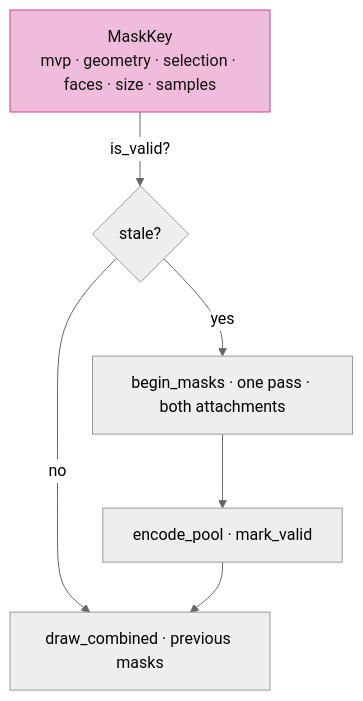
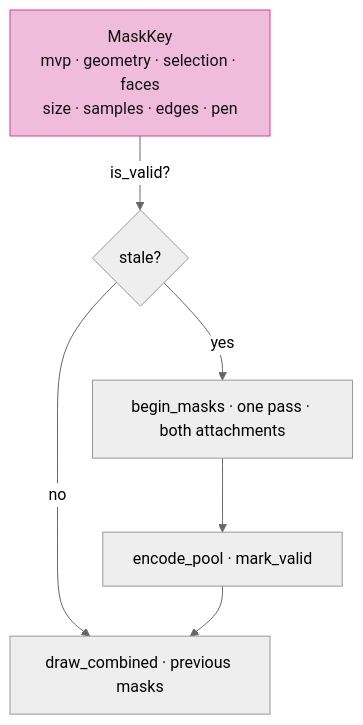
Diagram 14 of 14 in session_viewer/docs/18-finite-visibility.md (petrasvestartas/session), drawn with Mermaid (neutral theme) before and after one commit. The commit also changed other lines of this file and 47 other files, not shown here.

````diff
--- a/session_viewer/docs/18-finite-visibility.md
+++ b/session_viewer/docs/18-finite-visibility.md
@@ -322,9 +326,9 @@
 ```mermaid
 flowchart TB
-    K["MaskKey<br/>mvp · geometry · selection · faces · size · samples"] -- "is_valid?" --> S{"stale?"}
+    K["MaskKey<br/>mvp · geometry · selection · faces<br/>size · samples · edges · pen"] -- "is_valid?" --> S{"stale?"}
     S -- no --> R["draw_combined · previous masks"]
     S -- yes --> P["begin_masks · one pass · both attachments"]
     P --> Q["encode_pool · mark_valid"]
     Q --> R
     style K fill:#f0bcdb,stroke:#ce4095,color:#111
 ```
````
